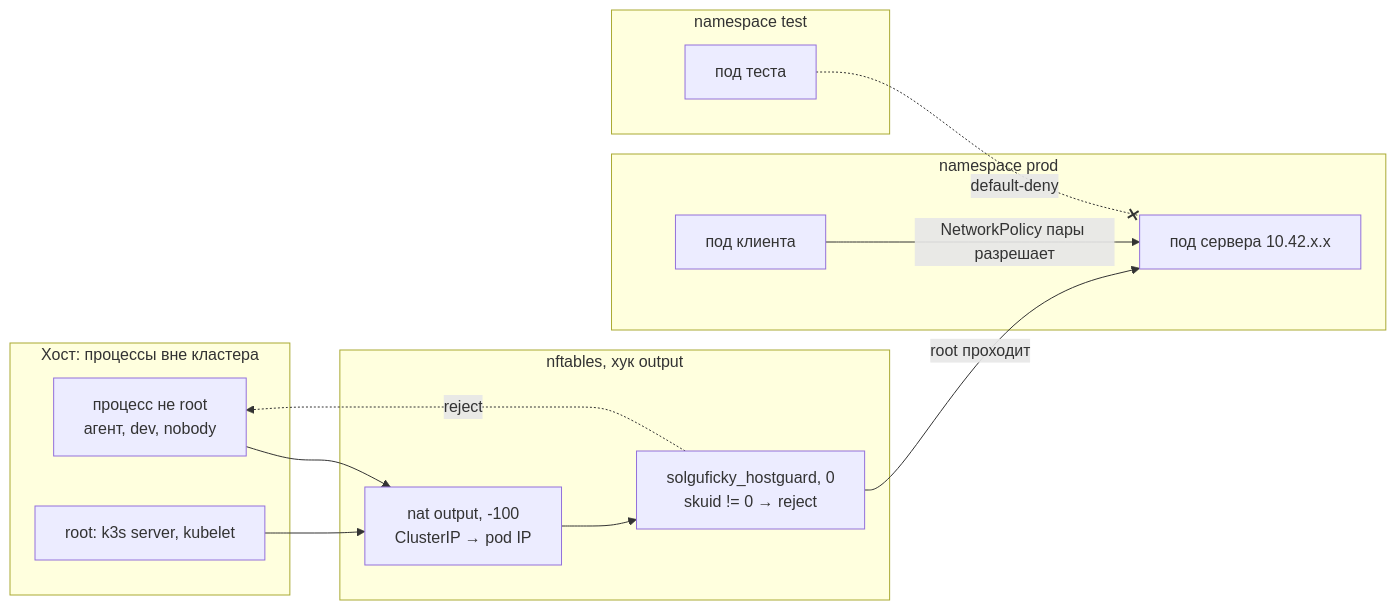
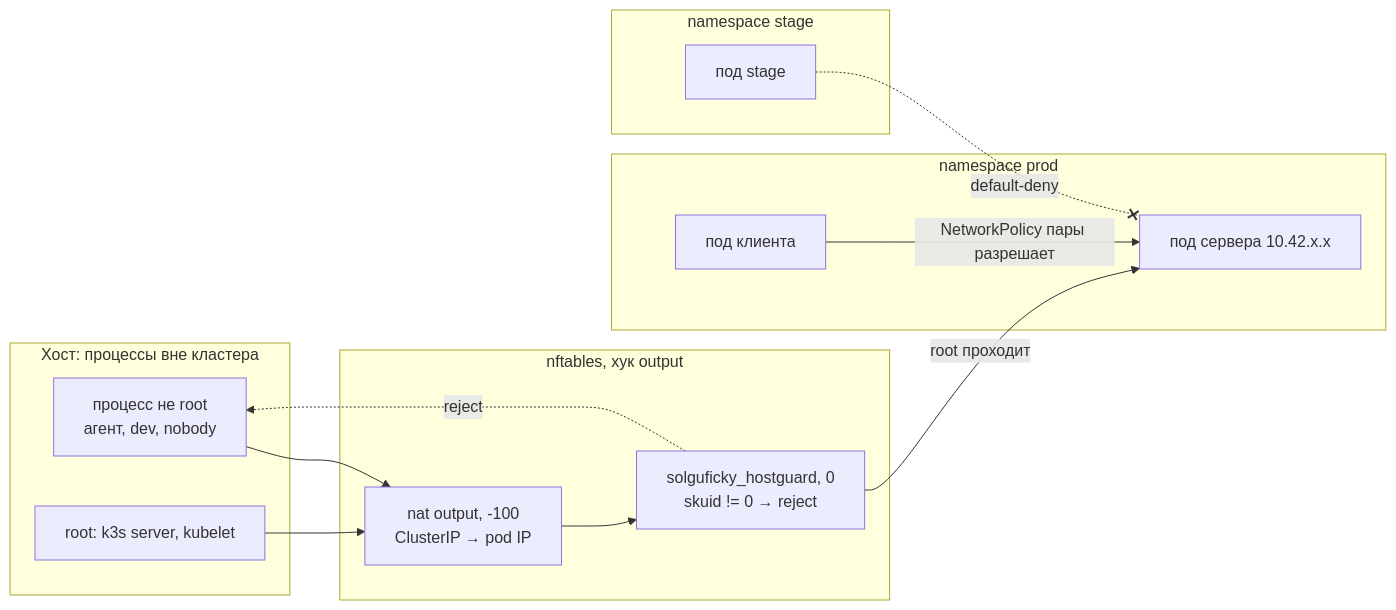
Before and after one commit to Solguficky/solguficky-hub: the first of 2 diagrams in docs/learning/self-hosting/k3s.md, drawn with Mermaid. The commit also changed other lines of this file and 16 other files, not shown here.

Commit message:
ci: Rename stage environment paths from test to stage

````diff
--- a/docs/learning/self-hosting/k3s.md
+++ b/docs/learning/self-hosting/k3s.md
@@ -231,23 +231,23 @@
 ```mermaid
 flowchart LR
   subgraph host[Хост: процессы вне кластера]
     agent[процесс не root<br/>агент, dev, nobody]
     root[root: k3s server, kubelet]
   end
   subgraph nft[nftables, хук output]
     nat[nat output, -100<br/>ClusterIP → pod IP]
     guard[solguficky_hostguard, 0<br/>skuid != 0 → reject]
   end
   subgraph prod[namespace prod]
     pod[под сервера 10.42.x.x]
     client[под клиента]
   end
-  subgraph test[namespace test]
-    tpod[под теста]
+  subgraph stage[namespace stage]
+    tpod[под stage]
   end
   agent --> nat --> guard -. reject .-> agent
   root --> nat
   guard -- root проходит --> pod
   client -- NetworkPolicy пары разрешает --> pod
   tpod -. default-deny .-x pod
 ```
````
